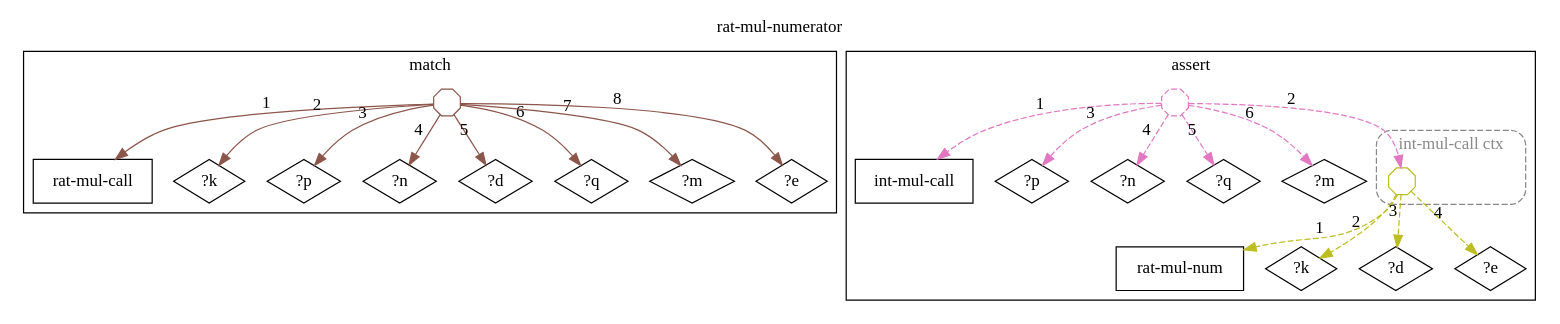
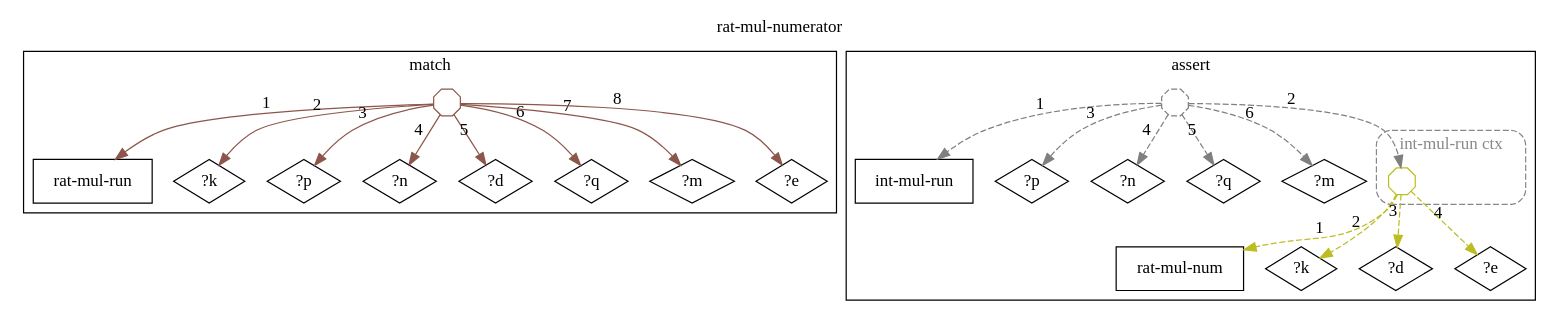
Before and after one commit to agutikov/ein: the diagram in docs/ein/user/04-reference/04-stdlib/diagrams/13-std.math.rat.rat-mul-numerator.dot, drawn with Graphviz. The commit also changed 347 other files, not shown here.

```diff
--- a/docs/ein/user/04-reference/04-stdlib/diagrams/13-std.math.rat.rat-mul-numerator.dot
+++ b/docs/ein/user/04-reference/04-stdlib/diagrams/13-std.math.rat.rat-mul-numerator.dot
@@ -1,49 +1,49 @@
 digraph rule_rat_mul_numerator_lhs_rhs {
   rankdir=TB;
   label="rat-mul-numerator"; labelloc=t;
   subgraph cluster_lhs { label="match";
-    "rat-mul-call_L" [label="rat-mul-call", shape=box];
+    "rat-mul-run_L" [label="rat-mul-run", shape=box];
     "?k_L" [label="?k", shape=diamond];
     "?p_L" [label="?p", shape=diamond];
     "?n_L" [label="?n", shape=diamond];
     "?d_L" [label="?d", shape=diamond];
     "?q_L" [label="?q", shape=diamond];
     "?m_L" [label="?m", shape=diamond];
     "?e_L" [label="?e", shape=diamond];
-    "h1_rat-mul-call_L" [shape=octagon, label="", width=0.3, height=0.3, fixedsize=true, color="#8c564b"];
-    "h1_rat-mul-call_L" -> "rat-mul-call_L" [xlabel="1", color="#8c564b"];
-    "h1_rat-mul-call_L" -> "?k_L" [xlabel="2", color="#8c564b"];
-    "h1_rat-mul-call_L" -> "?p_L" [xlabel="3", color="#8c564b"];
-    "h1_rat-mul-call_L" -> "?n_L" [xlabel="4", color="#8c564b"];
-    "h1_rat-mul-call_L" -> "?d_L" [xlabel="5", color="#8c564b"];
-    "h1_rat-mul-call_L" -> "?q_L" [xlabel="6", color="#8c564b"];
-    "h1_rat-mul-call_L" -> "?m_L" [xlabel="7", color="#8c564b"];
-    "h1_rat-mul-call_L" -> "?e_L" [xlabel="8", color="#8c564b"];
+    "h1_rat-mul-run_L" [shape=octagon, label="", width=0.3, height=0.3, fixedsize=true, color="#8c564b"];
+    "h1_rat-mul-run_L" -> "rat-mul-run_L" [xlabel="1", color="#8c564b"];
+    "h1_rat-mul-run_L" -> "?k_L" [xlabel="2", color="#8c564b"];
+    "h1_rat-mul-run_L" -> "?p_L" [xlabel="3", color="#8c564b"];
+    "h1_rat-mul-run_L" -> "?n_L" [xlabel="4", color="#8c564b"];
+    "h1_rat-mul-run_L" -> "?d_L" [xlabel="5", color="#8c564b"];
+    "h1_rat-mul-run_L" -> "?q_L" [xlabel="6", color="#8c564b"];
+    "h1_rat-mul-run_L" -> "?m_L" [xlabel="7", color="#8c564b"];
+    "h1_rat-mul-run_L" -> "?e_L" [xlabel="8", color="#8c564b"];
   }
   subgraph cluster_rhs { label="assert";
-    "int-mul-call_R" [label="int-mul-call", shape=box];
+    "int-mul-run_R" [label="int-mul-run", shape=box];
     "rat-mul-num_R" [label="rat-mul-num", shape=box];
     "?k_R" [label="?k", shape=diamond];
     "?d_R" [label="?d", shape=diamond];
     "?e_R" [label="?e", shape=diamond];
     "?p_R" [label="?p", shape=diamond];
     "?n_R" [label="?n", shape=diamond];
     "?q_R" [label="?q", shape=diamond];
     "?m_R" [label="?m", shape=diamond];
     subgraph cluster_ctx_R_0 {
-      label="int-mul-call ctx"; style="dashed,rounded"; color="#888888"; fontcolor="#888888";
+      label="int-mul-run ctx"; style="dashed,rounded"; color="#888888"; fontcolor="#888888";
       "(rat-mul-num ?k ?d ?e)_R" [shape=octagon, label="", width=0.3, height=0.3, fixedsize=true, color="#bcbd22"];
     }
-    "h2_int-mul-call_R" [shape=octagon, label="", width=0.3, height=0.3, fixedsize=true, color="#e377c2", style=dashed];
-    "h2_int-mul-call_R" -> "int-mul-call_R" [xlabel="1", color="#e377c2", style=dashed];
-    "h2_int-mul-call_R" -> "(rat-mul-num ?k ?d ?e)_R" [xlabel="2", color="#e377c2", style=dashed];
-    "h2_int-mul-call_R" -> "?p_R" [xlabel="3", color="#e377c2", style=dashed];
-    "h2_int-mul-call_R" -> "?n_R" [xlabel="4", color="#e377c2", style=dashed];
-    "h2_int-mul-call_R" -> "?q_R" [xlabel="5", color="#e377c2", style=dashed];
-    "h2_int-mul-call_R" -> "?m_R" [xlabel="6", color="#e377c2", style=dashed];
+    "h2_int-mul-run_R" [shape=octagon, label="", width=0.3, height=0.3, fixedsize=true, color="#7f7f7f", style=dashed];
+    "h2_int-mul-run_R" -> "int-mul-run_R" [xlabel="1", color="#7f7f7f", style=dashed];
+    "h2_int-mul-run_R" -> "(rat-mul-num ?k ?d ?e)_R" [xlabel="2", color="#7f7f7f", style=dashed];
+    "h2_int-mul-run_R" -> "?p_R" [xlabel="3", color="#7f7f7f", style=dashed];
+    "h2_int-mul-run_R" -> "?n_R" [xlabel="4", color="#7f7f7f", style=dashed];
+    "h2_int-mul-run_R" -> "?q_R" [xlabel="5", color="#7f7f7f", style=dashed];
+    "h2_int-mul-run_R" -> "?m_R" [xlabel="6", color="#7f7f7f", style=dashed];
     "(rat-mul-num ?k ?d ?e)_R" -> "rat-mul-num_R" [xlabel="1", color="#bcbd22", style=dashed];
     "(rat-mul-num ?k ?d ?e)_R" -> "?k_R" [xlabel="2", color="#bcbd22", style=dashed];
     "(rat-mul-num ?k ?d ?e)_R" -> "?d_R" [xlabel="3", color="#bcbd22", style=dashed];
     "(rat-mul-num ?k ?d ?e)_R" -> "?e_R" [xlabel="4", color="#bcbd22", style=dashed];
   }
 }
```
